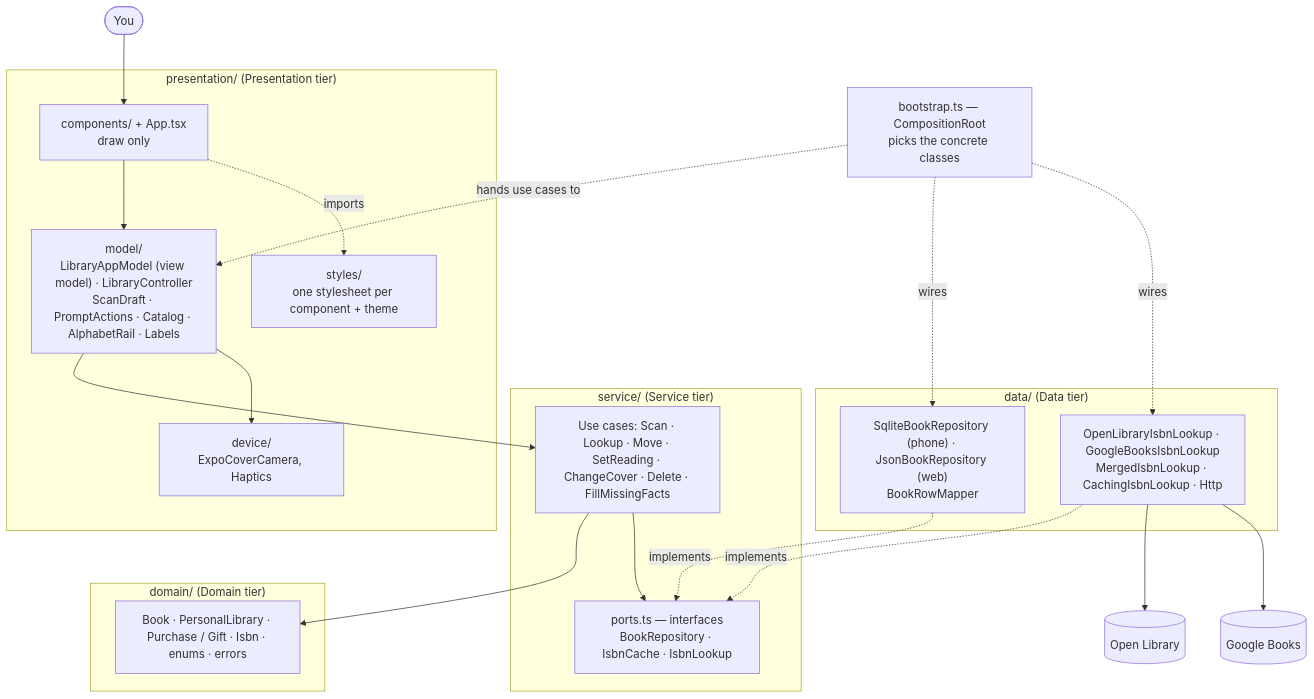
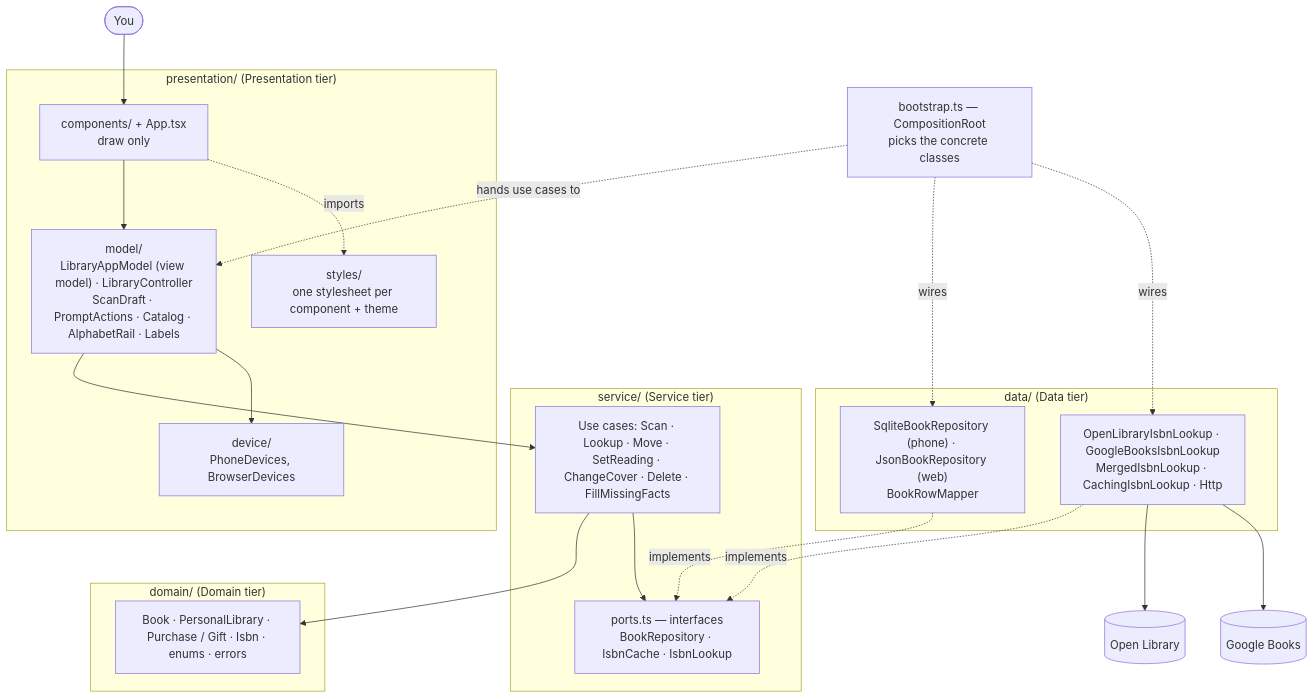
The first of 5 diagrams in docs/code-review.md (ghechavarria/cen5064-project-hechavarria), drawn with Mermaid before and after one commit. The commit also changed other lines of this file and 31 other files, not shown here.

````diff
--- a/docs/code-review.md
+++ b/docs/code-review.md
@@ -11,39 +11,39 @@
 ```mermaid
 flowchart TB
     user(["You"])
     subgraph P["presentation/  (Presentation tier)"]
         comp["components/ + App.tsx<br/>draw only"]
         model["model/<br/>LibraryAppModel (view model) · LibraryController<br/>ScanDraft · PromptActions · Catalog · AlphabetRail · Labels"]
-        device["device/<br/>ExpoCoverCamera, Haptics"]
+        device["device/<br/>PhoneDevices, BrowserDevices"]
         styles["styles/<br/>one stylesheet per component + theme"]
     end
     subgraph S["service/  (Service tier)"]
         uc["Use cases: Scan · Lookup · Move · SetReading · ChangeCover · Delete · FillMissingFacts"]
         ports["ports.ts — interfaces<br/>BookRepository · IsbnCache · IsbnLookup"]
     end
     subgraph D["domain/  (Domain tier)"]
         rules["Book · PersonalLibrary · Purchase / Gift · Isbn · enums · errors"]
     end
     subgraph DA["data/  (Data tier)"]
         repo["SqliteBookRepository (phone) · JsonBookRepository (web)<br/>BookRowMapper"]
         src["OpenLibraryIsbnLookup · GoogleBooksIsbnLookup<br/>MergedIsbnLookup · CachingIsbnLookup · Http"]
     end
     root["bootstrap.ts — CompositionRoot<br/>picks the concrete classes"]
     ol[("Open Library")]
     gb[("Google Books")]
 
     user --> comp
     comp --> model
     comp -. imports .-> styles
     model --> uc
     model --> device
     uc --> rules
     uc --> ports
     repo -. implements .-> ports
     src -. implements .-> ports
     src --> ol
     src --> gb
     root -. wires .-> repo
     root -. wires .-> src
     root -. hands use cases to .-> model
 ```
````
